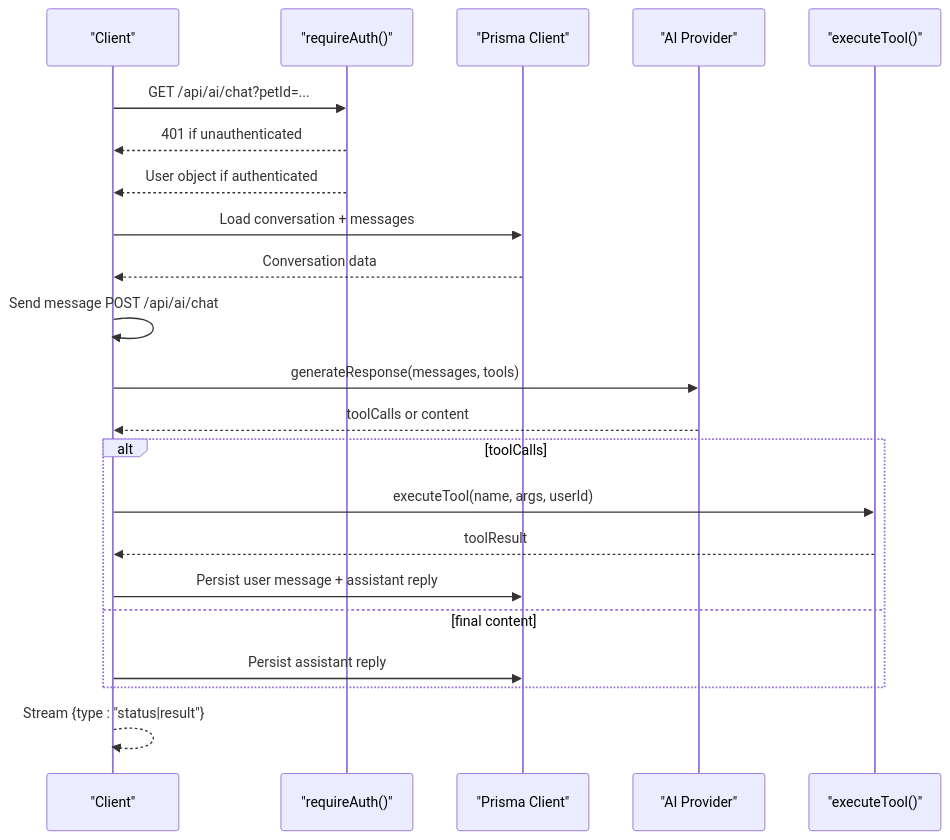
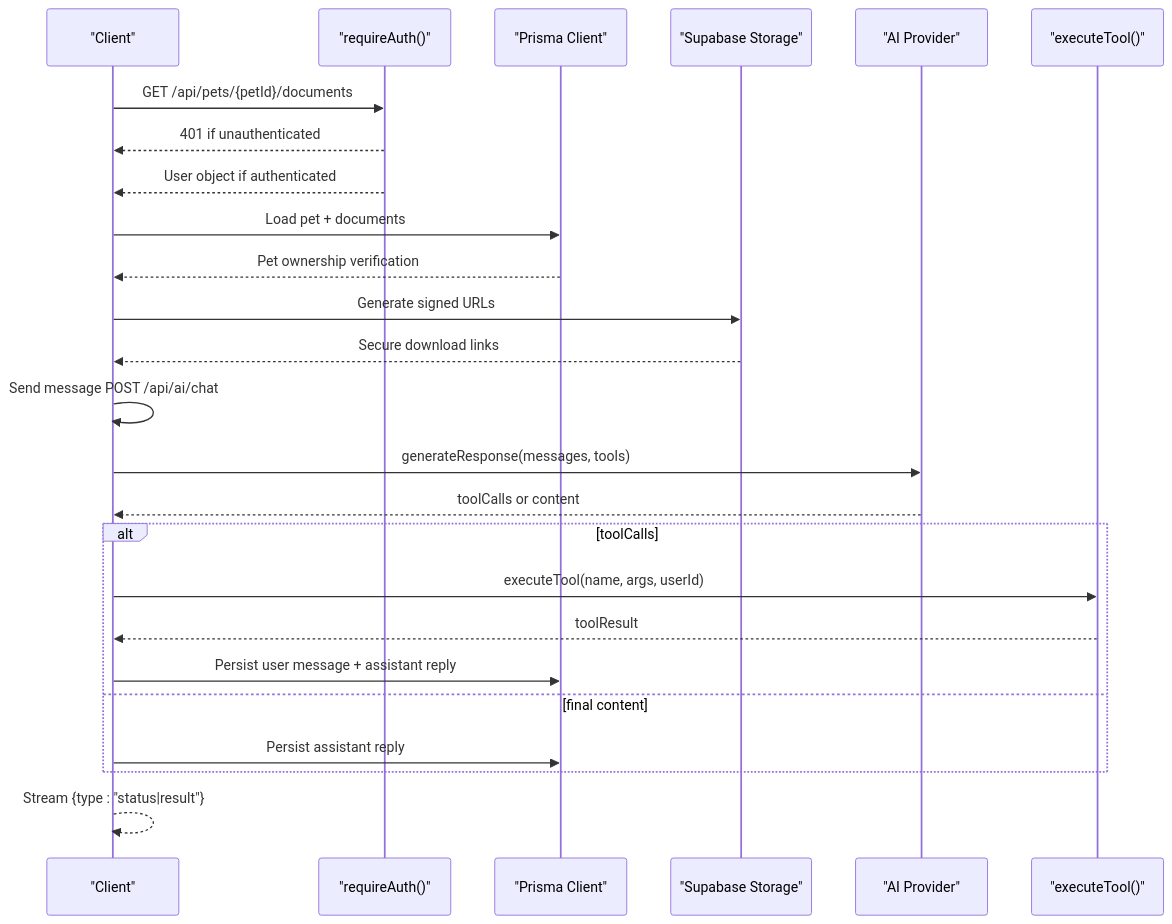
One commit to Javeria-Javaid/ai-powered-pet-healthcare-ecosystem changed the second of 3 diagrams in .qoder/repowiki/en/content/System Architecture/API Architecture & Endpoints.md. Above: the diagram before and after it, drawn with Mermaid. The commit also changed other lines of this file and 54 other files, not shown here.

````diff
--- a/.qoder/repowiki/en/content/System Architecture/API Architecture & Endpoints.md
+++ b/.qoder/repowiki/en/content/System Architecture/API Architecture & Endpoints.md
@@ -101,24 +121,27 @@
 ```mermaid
 sequenceDiagram
 participant Client as "Client"
 participant Auth as "requireAuth()"
 participant DB as "Prisma Client"
+participant Storage as "Supabase Storage"
 participant AI as "AI Provider"
 participant Tool as "executeTool()"
-Client->>Auth : GET /api/ai/chat?petId=...
+Client->>Auth : GET /api/pets/{petId}/documents
 Auth-->>Client : 401 if unauthenticated
 Auth-->>Client : User object if authenticated
-Client->>DB : Load conversation + messages
-DB-->>Client : Conversation data
+Client->>DB : Load pet + documents
+DB-->>Client : Pet ownership verification
+Client->>Storage : Generate signed URLs
+Storage-->>Client : Secure download links
 Client->>Client : Send message POST /api/ai/chat
 Client->>AI : generateResponse(messages, tools)
 AI-->>Client : toolCalls or content
 alt toolCalls
 Client->>Tool : executeTool(name, args, userId)
 Tool-->>Client : toolResult
 Client->>DB : Persist user message + assistant reply
 else final content
 Client->>DB : Persist assistant reply
 end
 Client-->>Client : Stream {type : "status|result"}
 ```
````
